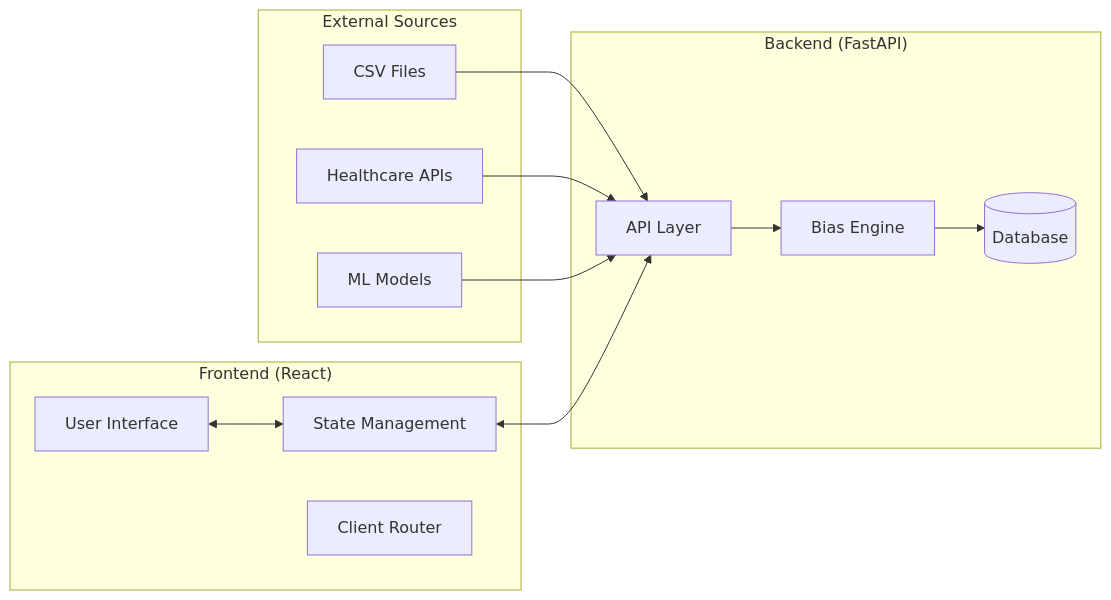
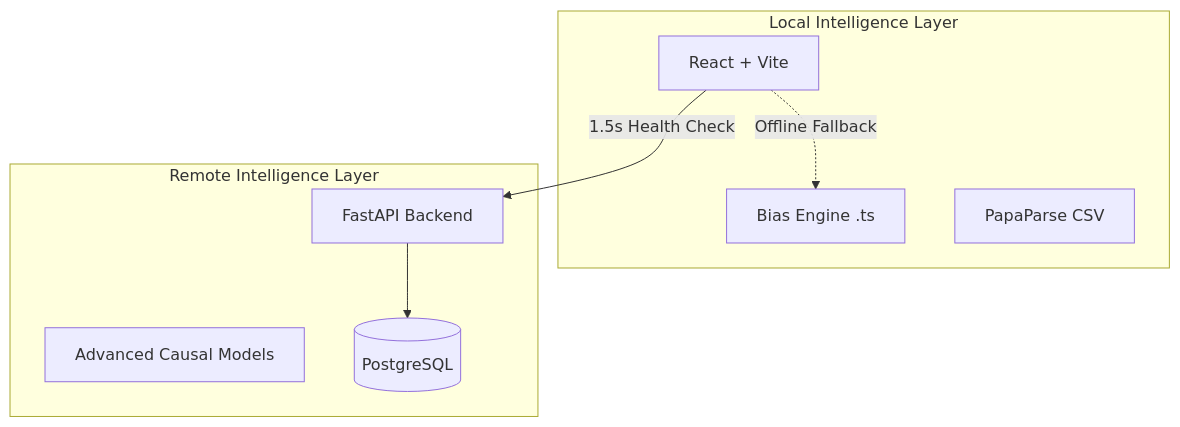
One commit to KunjShah95/fairness-lens-studio changed the diagram in README.md. Above: the diagram before and after it, drawn with Mermaid. The commit also changed other lines of this file and 4 other files, not shown here.

````diff
--- a/README.md
+++ b/README.md
@@ -244,28 +56,18 @@
 ```mermaid
-flowchart LR
-    subgraph External["External Sources"]
-        CSV[CSV Files]
-        API[Healthcare APIs]
-        ML[ML Models]
+graph TD
+    subgraph "Local Intelligence Layer"
+        LE[Bias Engine .ts]
+        PC[PapaParse CSV]
+        UI[React + Vite]
     end
 
-    subgraph Frontend["Frontend (React)"]
-        UI[User Interface]
-        State[State Management]
-        Router[Client Router]
+    subgraph "Remote Intelligence Layer"
+        FE[FastAPI Backend]
+        ML[Advanced Causal Models]
+        DB[(PostgreSQL)]
     end
 
-    subgraph Backend["Backend (FastAPI)"]
-        API_F[API Layer]
-        Engine[Bias Engine]
-        DB[(Database)]
-    end
-
-    CSV --> API_F
-    API --> API_F
-    ML --> API_F
-    API_F --> Engine
-    Engine --> DB
-    UI <--> State
-    State <--> API_F
+    UI -->|1.5s Health Check| FE
+    UI -.->|Offline Fallback| LE
+    FE --> DB
 ```
````
